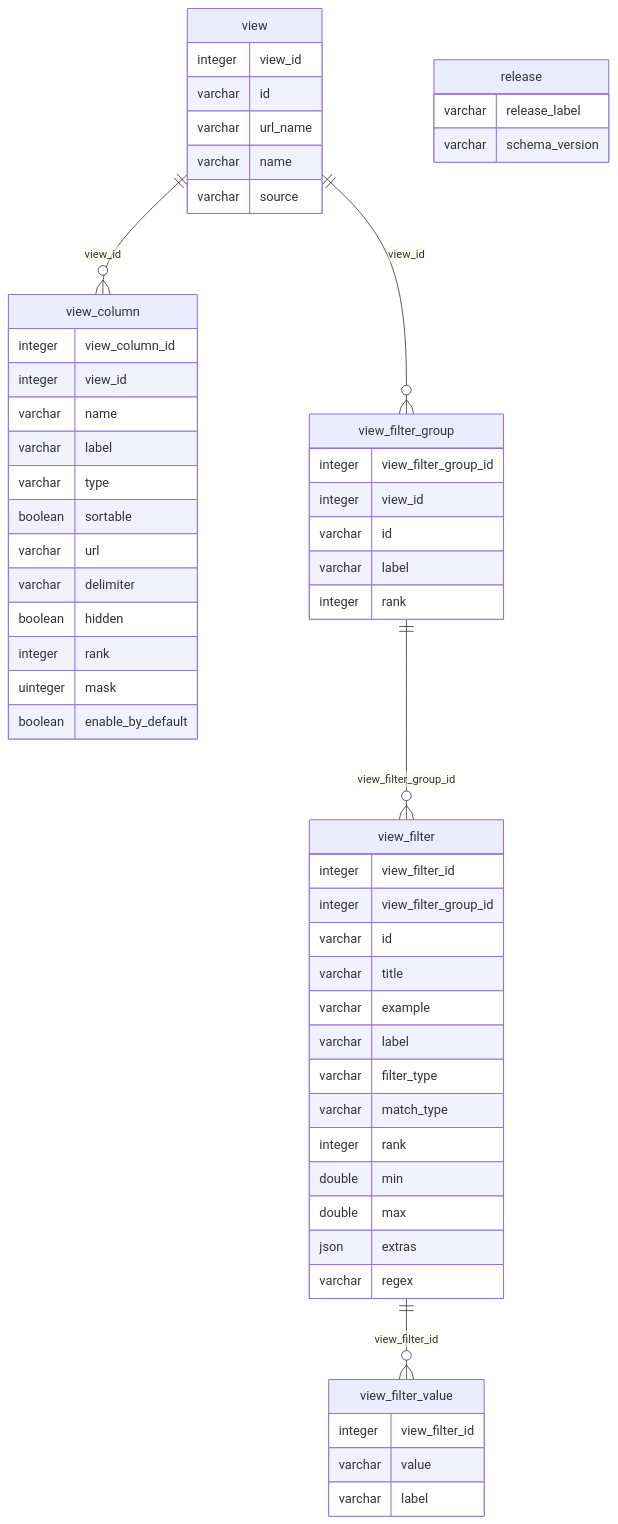
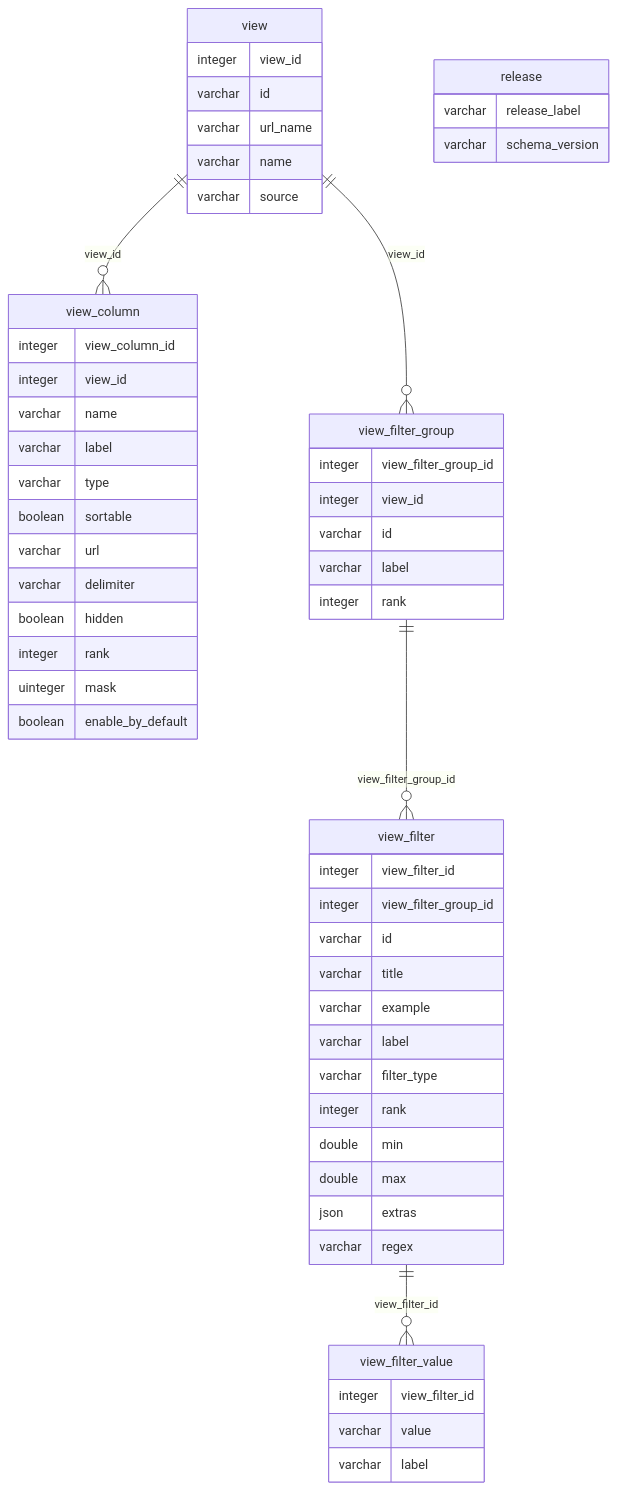
One commit to Ensembl/distiller changed the diagram in etl/README.md. Above: the diagram before and after it, drawn with Mermaid. The commit also changed other lines of this file and 9 other files, not shown here.

Commit message:
Updated filter type names, removed path from datasets endpoint, updated documentation

````diff
--- a/etl/README.md
+++ b/etl/README.md
@@ -115,14 +115,14 @@
 ```mermaid
 erDiagram
-    view_filter {integer view_filter_id integer view_filter_group_id varchar id varchar title varchar example varchar label varchar filter_type varchar match_type integer rank double min double max json extras varchar regex}
+    view_filter {integer view_filter_id integer view_filter_group_id varchar id varchar title varchar example varchar label varchar filter_type integer rank double min double max json extras varchar regex}
     view_filter_value {integer view_filter_id varchar value varchar label}
     view {integer view_id varchar id varchar url_name varchar name varchar source}
     view_column {integer view_column_id integer view_id varchar name varchar label varchar type boolean sortable varchar url varchar delimiter boolean hidden integer rank uinteger mask boolean enable_by_default}
     view_filter_group {integer view_filter_group_id integer view_id varchar id varchar label integer rank}
     release {varchar release_label varchar schema_version}
     view ||--o{ view_column : "view_id"
     view ||--o{ view_filter_group : "view_id"
     view_filter ||--o{ view_filter_value : "view_filter_id"
     view_filter_group ||--o{ view_filter : "view_filter_group_id"
 
 ```
````
